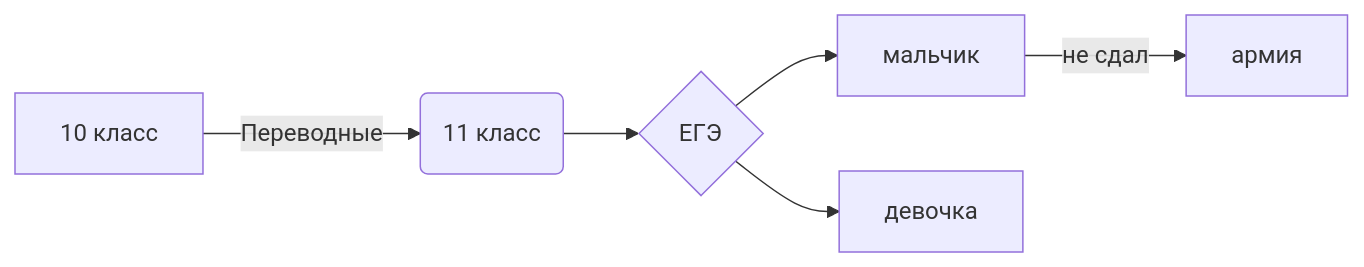
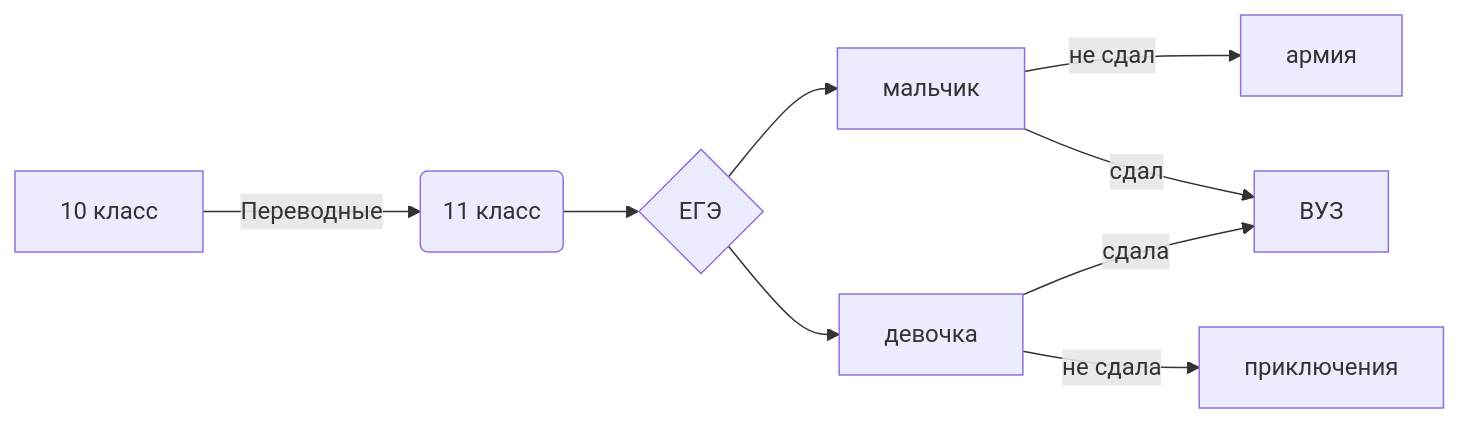
Before and after one commit to jjk05/jk: the diagram in README.md, drawn with Mermaid.

````diff
--- a/README.md
+++ b/README.md
@@ -35,10 +35,13 @@
 ```mermaid
 flowchart LR
 
 
 A[10 класс] -->|Переводные| B(11 класс)
 B --> C{ЕГЭ}
 C --> D[мальчик]
 C --> T[девочка]
 D -->|не сдал| E[армия]
+D -->|сдал| F[ВУЗ]
+T -->|не сдала| L[приключения]
+T -->|сдала| F[ВУЗ]
 ```
````
